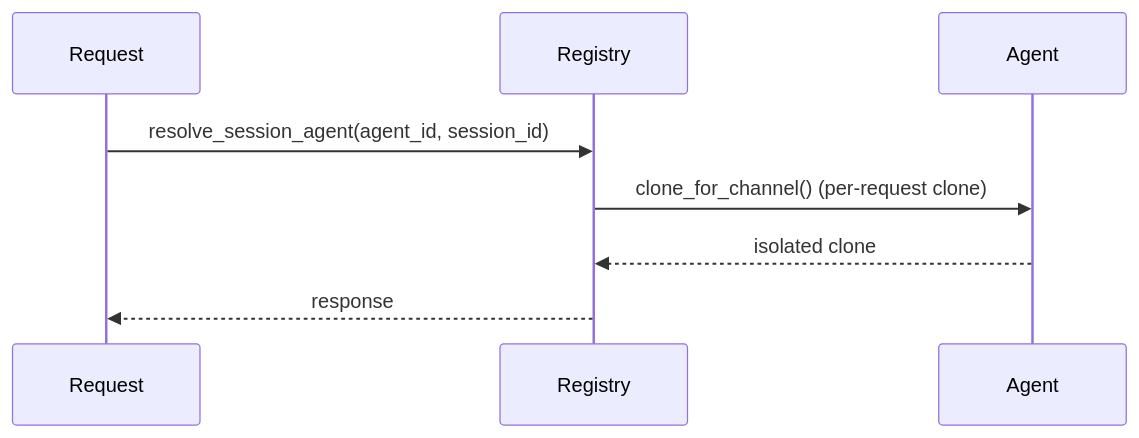
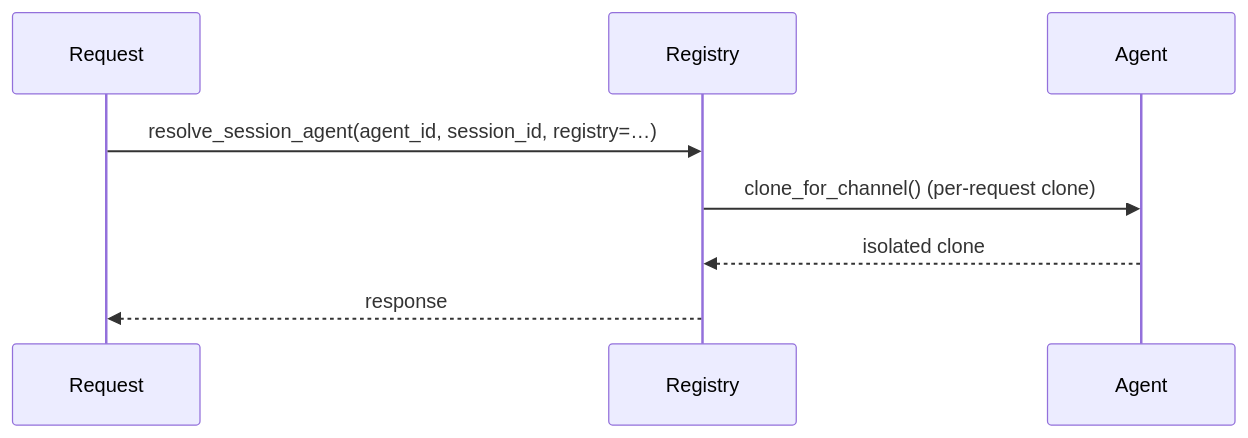
One commit to MervinPraison/PraisonAIDocs changed the second of 2 diagrams in docs/features/agent-invoke-registry.mdx. Above: the diagram before and after it, drawn with Mermaid. The commit also changed other lines of this file and 3 other files, not shown here.

First line of the commit message:
docs: update agent-invoke registry DI, CALL_SERVER_TOKEN live-read, A2U cross-loop delivery (fixes #3773)

````diff
--- a/docs/features/agent-invoke-registry.mdx
+++ b/docs/features/agent-invoke-registry.mdx
@@ -82,11 +109,11 @@
 ```mermaid
 sequenceDiagram
     participant Request
     participant Registry
     participant Agent
 
-    Request->>Registry: resolve_session_agent(agent_id, session_id)
+    Request->>Registry: resolve_session_agent(agent_id, session_id, registry=…)
     Registry->>Agent: clone_for_channel() (per-request clone)
     Agent-->>Registry: isolated clone
     Registry-->>Request: response
 ```
````
